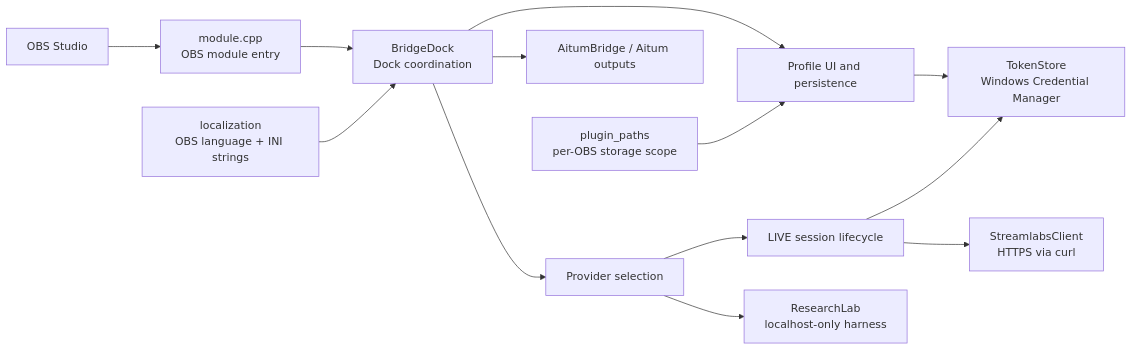
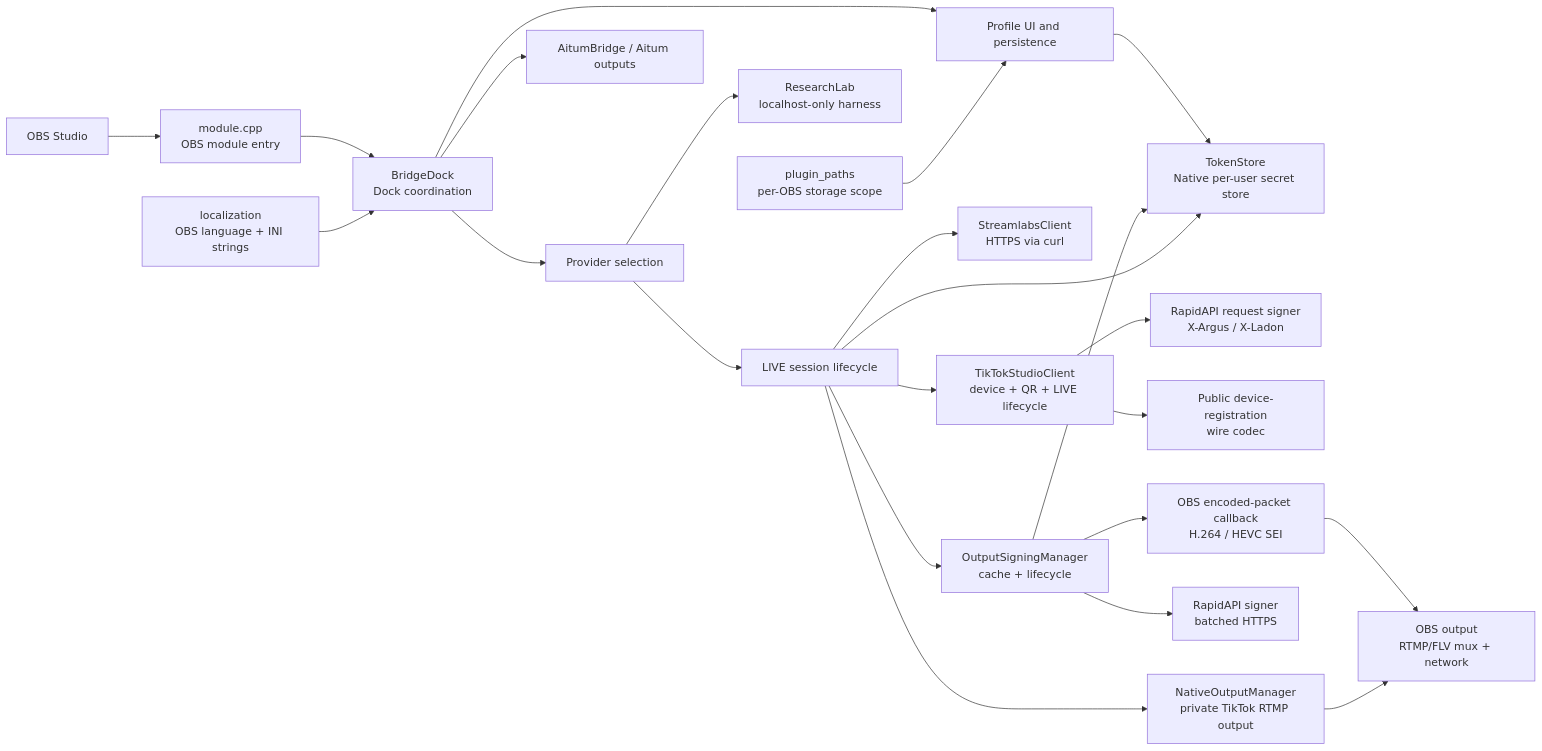
The diagram in docs/ARCHITECTURE.md (Smile-4-Me/tiktok-live-obs), drawn with Mermaid before and after one commit. The commit also changed other lines of this file and 82 other files, not shown here.

Commit message:
Add native TikTok LIVE Studio streaming

````diff
--- a/docs/ARCHITECTURE.md
+++ b/docs/ARCHITECTURE.md
@@ -5,15 +5,25 @@
 ```mermaid
 flowchart LR
   OBS["OBS Studio"] --> Entry["module.cpp\nOBS module entry"]
   Entry --> Dock["BridgeDock\nDock coordination"]
   Dock --> Profiles["Profile UI and persistence"]
   Dock --> Providers["Provider selection"]
   Providers --> Sessions["LIVE session lifecycle"]
   Providers --> Research["ResearchLab\nlocalhost-only harness"]
   Dock --> Aitum["AitumBridge / Aitum outputs"]
-  Profiles --> Secrets["TokenStore\nWindows Credential Manager"]
+  Profiles --> Secrets["TokenStore\nNative per-user secret store"]
   Sessions --> Streamlabs["StreamlabsClient\nHTTPS via curl"]
+  Sessions --> Studio["TikTokStudioClient\ndevice + QR + LIVE lifecycle"]
+  Studio --> RequestSigner["RapidAPI request signer\nX-Argus / X-Ladon"]
+  Studio --> Device["Public device-registration\nwire codec"]
+  Sessions --> NativeOutput["NativeOutputManager\nprivate TikTok RTMP output"]
+  Sessions --> Signing["OutputSigningManager\ncache + lifecycle"]
+  Signing --> Signer["RapidAPI signer\nbatched HTTPS"]
+  Signing --> Packets["OBS encoded-packet callback\nH.264 / HEVC SEI"]
+  Packets --> Output["OBS output\nRTMP/FLV mux + network"]
+  NativeOutput --> Output
+  Signing --> Secrets
   Sessions --> Secrets
   Paths["plugin_paths\nper-OBS storage scope"] --> Profiles
   Localization["localization\nOBS language + INI strings"] --> Dock
 ```
````
